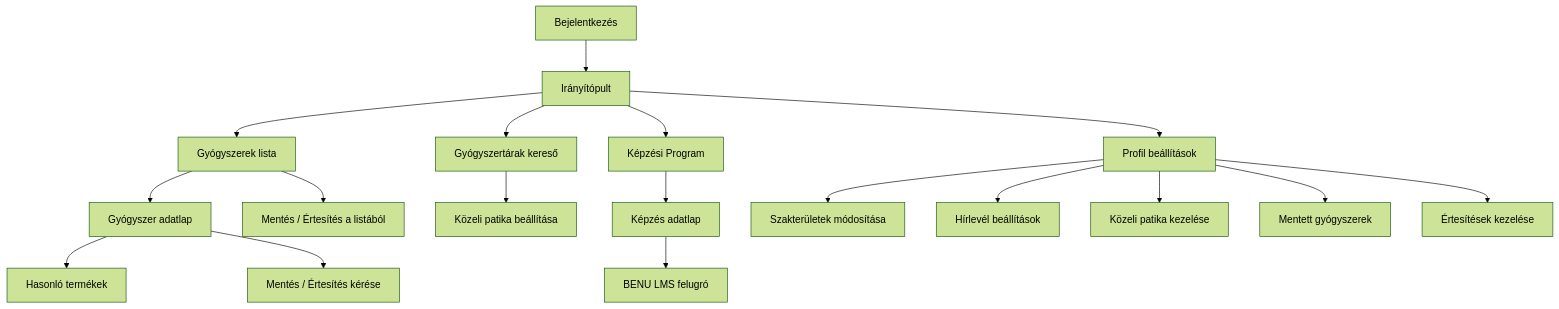
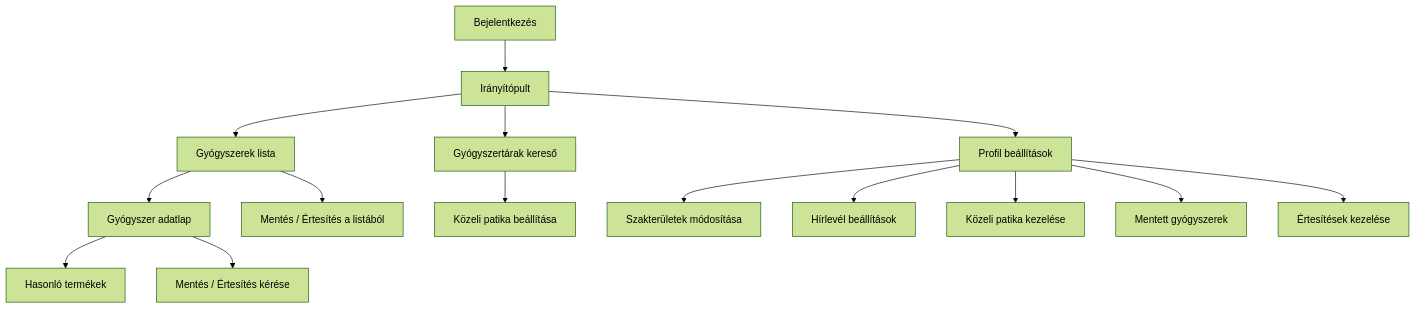
One commit to bramohun/b2bbv-nextjs changed the diagram in feluleti_funkcionalitas_osszefoglalo.md. Above: the diagram before and after it, drawn with Mermaid (forest theme). The commit also changed other lines of this file and 30 other files, not shown here.

````diff
--- a/feluleti_funkcionalitas_osszefoglalo.md
+++ b/feluleti_funkcionalitas_osszefoglalo.md
@@ -348,25 +291,21 @@
 ```mermaid
 flowchart TD
     A[Bejelentkezés] --> B[Irányítópult]
     B --> C[Gyógyszerek lista]
     B --> D[Gyógyszertárak kereső]
-    B --> E[Képzési Program]
     B --> F[Profil beállítások]
     
     C --> G[Gyógyszer adatlap]
     G --> H[Hasonló termékek]
     G --> I[Mentés / Értesítés kérése]
     
     C --> J[Mentés / Értesítés a listából]
     
     D --> K[Közeli patika beállítása]
     
-    E --> L[Képzés adatlap]
-    L --> M[BENU LMS felugró]
-    
     F --> N[Szakterületek módosítása]
     F --> O[Hírlevél beállítások]
     F --> P[Közeli patika kezelése]
     F --> Q[Mentett gyógyszerek]
     F --> R[Értesítések kezelése]
 ```
````
